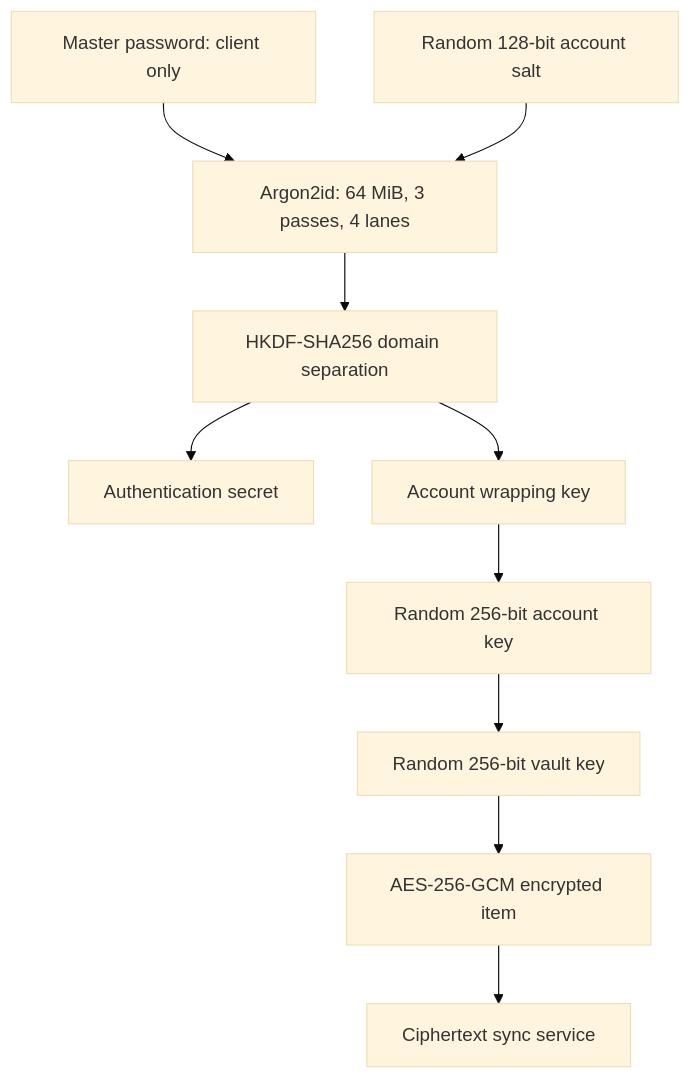
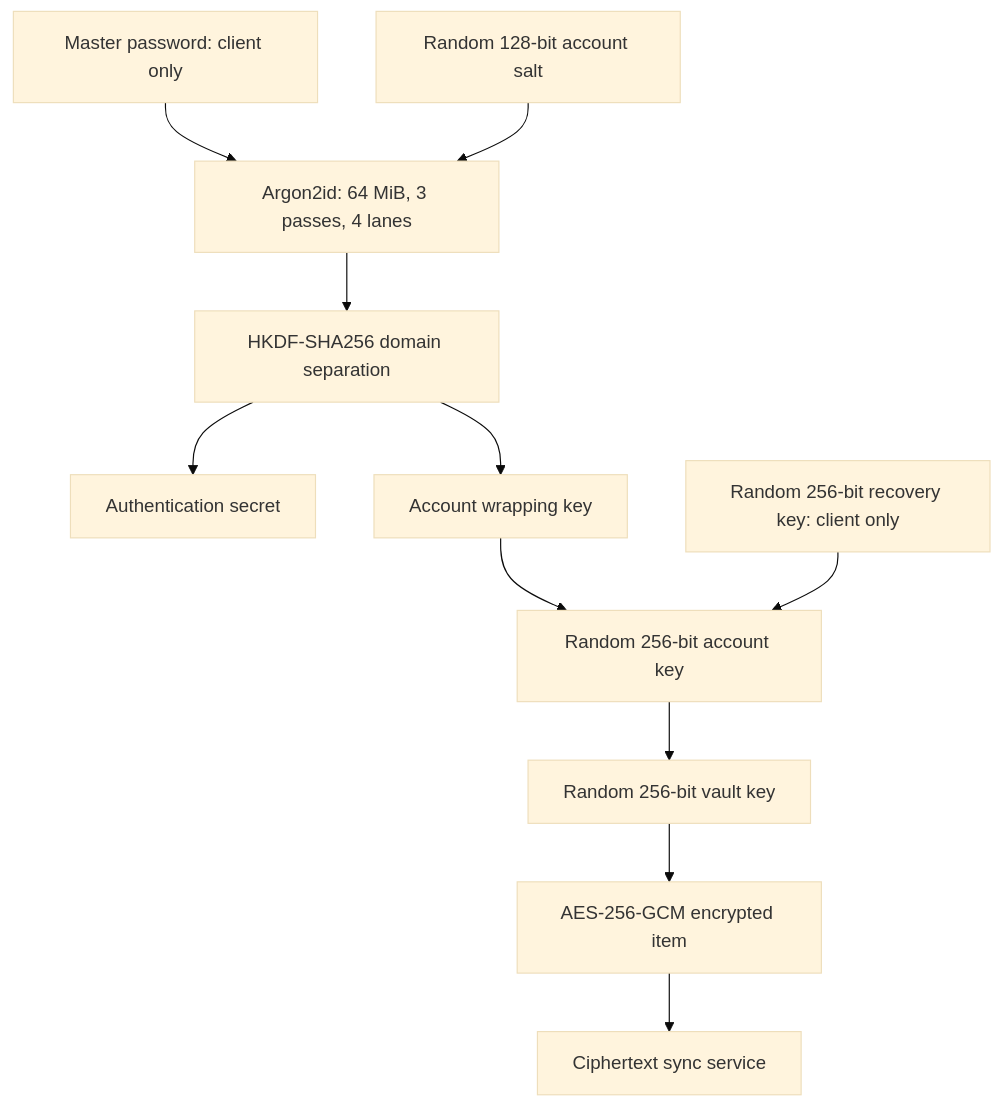
The diagram in docs/SECURITY_ARCHITECTURE.md (The-Null-Catchers/VaultPass), drawn with Mermaid (base theme) before and after one commit. The commit also changed other lines of this file and 14 other files, not shown here.

Commit message:
Add zero-knowledge account recovery

````diff
--- a/docs/SECURITY_ARCHITECTURE.md
+++ b/docs/SECURITY_ARCHITECTURE.md
@@ -7,12 +7,13 @@
 ```mermaid
 flowchart TD
     Password["Master password: client only"] --> Argon["Argon2id: 64 MiB, 3 passes, 4 lanes"]
     Salt["Random 128-bit account salt"] --> Argon
     Argon --> HKDF["HKDF-SHA256 domain separation"]
     HKDF --> Auth["Authentication secret"]
     HKDF --> Wrap["Account wrapping key"]
     Wrap --> Account["Random 256-bit account key"]
+    Recovery["Random 256-bit recovery key: client only"] --> Account
     Account --> Vault["Random 256-bit vault key"]
     Vault --> Item["AES-256-GCM encrypted item"]
     Item --> Sync["Ciphertext sync service"]
 ```
````
